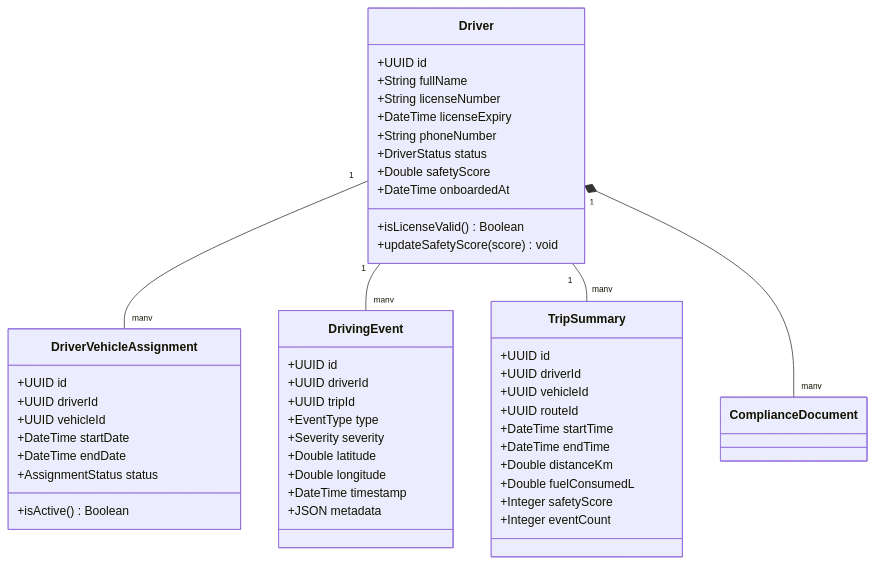
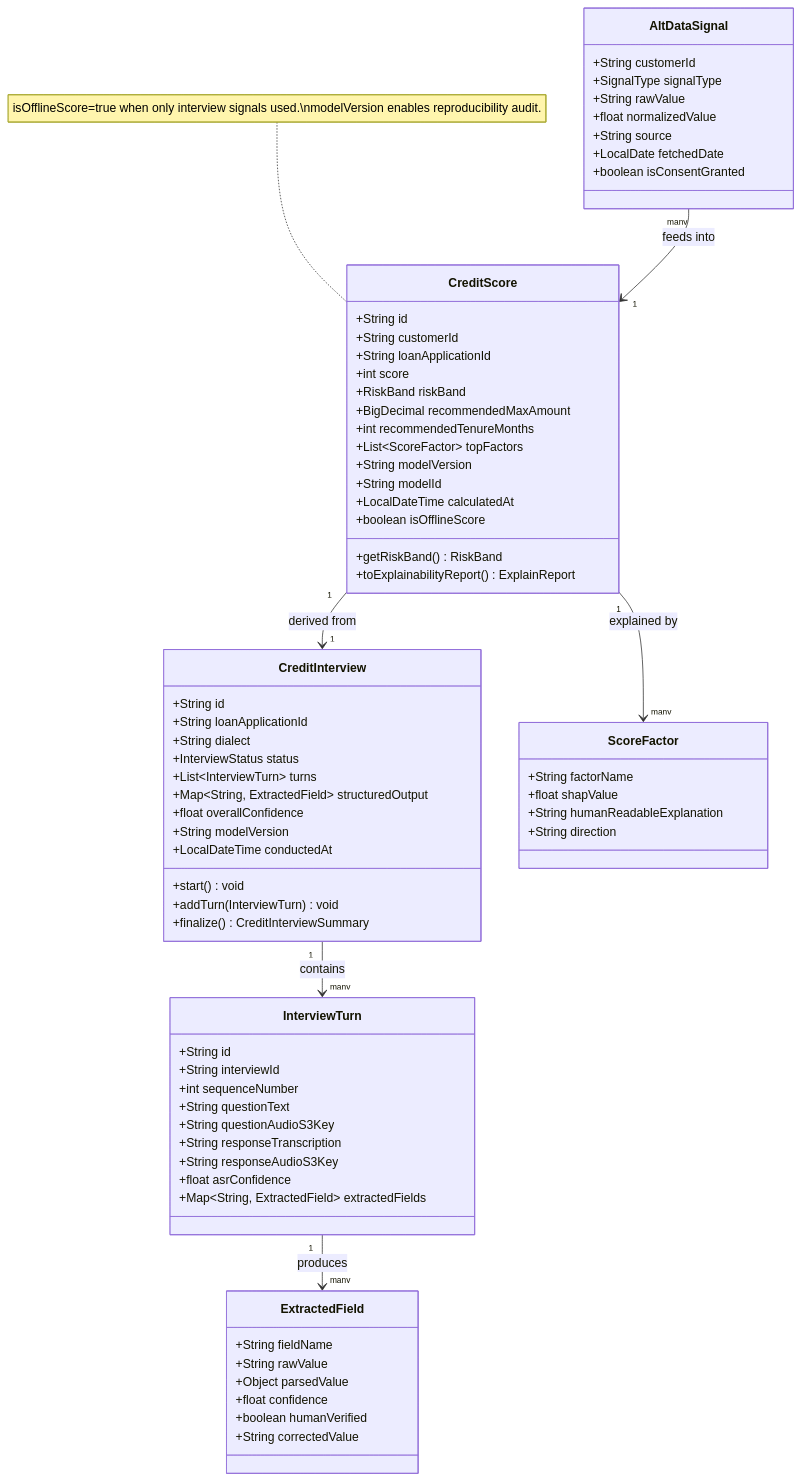
Before and after one commit to adityasinghz/kata: the second of 5 diagrams in CLASS_DIAGRAM.md, drawn with Mermaid. The commit also changed other lines of this file and 24 other files, not shown here.

````diff
--- a/CLASS_DIAGRAM.md
+++ b/CLASS_DIAGRAM.md
@@ -85,55 +125,80 @@
 ```mermaid
 classDiagram
-    class Driver {
-        +UUID id
-        +String fullName
-        +String licenseNumber
-        +DateTime licenseExpiry
-        +String phoneNumber
-        +DriverStatus status
-        +Double safetyScore
-        +DateTime onboardedAt
-        +isLicenseValid() Boolean
-        +updateSafetyScore(score) void
+    class CreditInterview {
+        +String id
+        +String loanApplicationId
+        +String dialect
+        +InterviewStatus status
+        +List~InterviewTurn~ turns
+        +Map~String, ExtractedField~ structuredOutput
+        +float overallConfidence
+        +String modelVersion
+        +LocalDateTime conductedAt
+        +start() void
+        +addTurn(InterviewTurn) void
+        +finalize() CreditInterviewSummary
     }
 
-    class DriverVehicleAssignment {
-        +UUID id
-        +UUID driverId
-        +UUID vehicleId
-        +DateTime startDate
-        +DateTime endDate
-        +AssignmentStatus status
-        +isActive() Boolean
+    class InterviewTurn {
+        +String id
+        +String interviewId
+        +int sequenceNumber
+        +String questionText
+        +String questionAudioS3Key
+        +String responseTranscription
+        +String responseAudioS3Key
+        +float asrConfidence
+        +Map~String, ExtractedField~ extractedFields
     }
 
-    class DrivingEvent {
-        +UUID id
-        +UUID driverId
-        +UUID tripId
-        +EventType type
-        +Severity severity
-        +Double latitude
-        +Double longitude
-        +DateTime timestamp
-        +JSON metadata
+    class ExtractedField {
+        +String fieldName
+        +String rawValue
+        +Object parsedValue
+        +float confidence
+        +boolean humanVerified
+        +String correctedValue
     }
 
-    class TripSummary {
-        +UUID id
-        +UUID driverId
-        +UUID vehicleId
-        +UUID routeId
-        +DateTime startTime
-        +DateTime endTime
-        +Double distanceKm
-        +Double fuelConsumedL
-        +Integer safetyScore
-        +Integer eventCount
+    class CreditScore {
+        +String id
+        +String customerId
+        +String loanApplicationId
+        +int score
+        +RiskBand riskBand
+        +BigDecimal recommendedMaxAmount
+        +int recommendedTenureMonths
+        +List~ScoreFactor~ topFactors
+        +String modelVersion
+        +String modelId
+        +LocalDateTime calculatedAt
+        +boolean isOfflineScore
+        +getRiskBand() RiskBand
+        +toExplainabilityReport() ExplainReport
     }
 
-    Driver "1" -- "many" DriverVehicleAssignment
-    Driver "1" -- "many" DrivingEvent
-    Driver "1" -- "many" TripSummary
-    Driver "1" *-- "many" ComplianceDocument
+    class ScoreFactor {
+        +String factorName
+        +float shapValue
+        +String humanReadableExplanation
+        +String direction
+    }
+
+    class AltDataSignal {
+        +String customerId
+        +SignalType signalType
+        +String rawValue
+        +float normalizedValue
+        +String source
+        +LocalDate fetchedDate
+        +boolean isConsentGranted
+    }
+
+    CreditInterview "1" --> "many" InterviewTurn : contains
+    InterviewTurn "1" --> "many" ExtractedField : produces
+    CreditScore "1" --> "many" ScoreFactor : explained by
+    CreditScore "1" --> "1" CreditInterview : derived from
+    AltDataSignal "many" --> "1" CreditScore : feeds into
+
+    note for CreditScore "isOfflineScore=true when only interview signals used.\nmodelVersion enables reproducibility audit."
 ```
````
